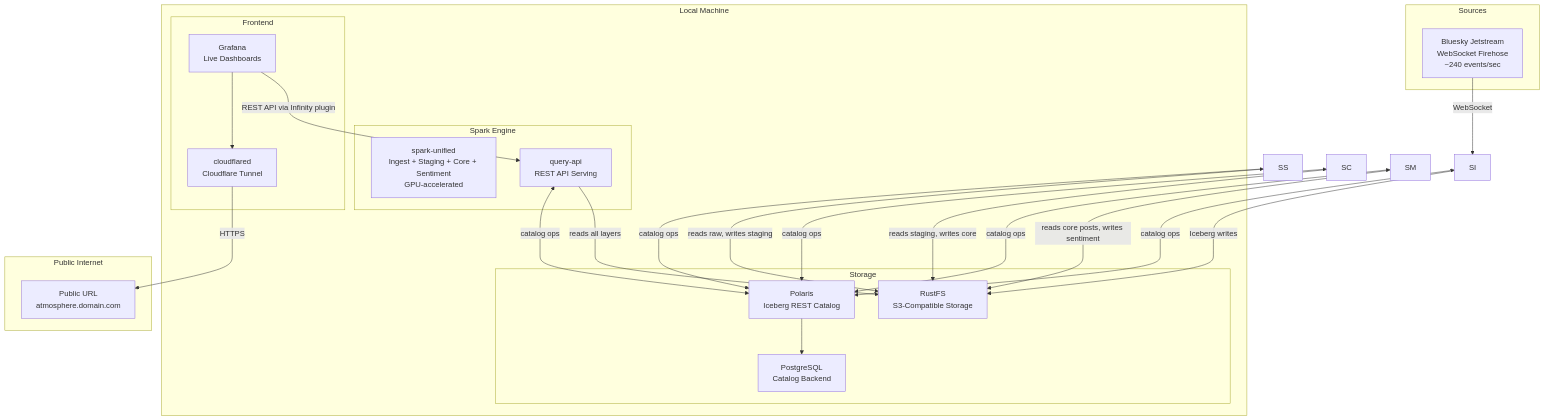
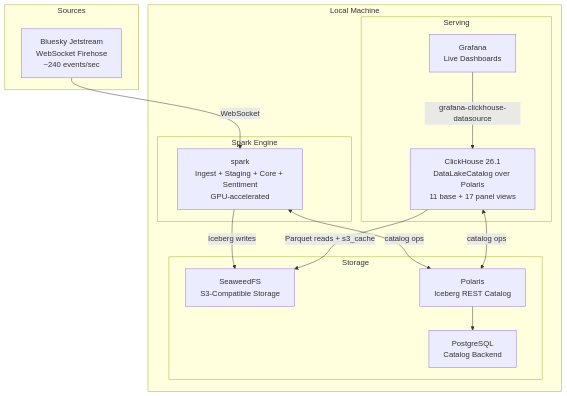
One commit to joshlizana/atomosphere changed the first of 3 diagrams in docs/TDD.md. Above: the diagram before and after it, drawn with Mermaid. The commit also changed other lines of this file and 19 other files, not shown here.

````diff
--- a/docs/TDD.md
+++ b/docs/TDD.md
@@ -83,40 +83,31 @@
 ```mermaid
 flowchart TD
     subgraph Sources
         JS[Bluesky Jetstream\nWebSocket Firehose\n~240 events/sec]
     end
 
     subgraph Local Machine
         subgraph Spark Engine
-            SU[spark-unified\nIngest + Staging + Core + Sentiment\nGPU-accelerated]
-            QA[query-api\nREST API Serving]
+            SU[spark\nIngest + Staging + Core + Sentiment\nGPU-accelerated]
         end
 
         subgraph Storage
-            RS[RustFS\nS3-Compatible Storage]
+            RS[SeaweedFS\nS3-Compatible Storage]
             PL[Polaris\nIceberg REST Catalog]
             PG[PostgreSQL\nCatalog Backend]
         end
 
-        subgraph Frontend
+        subgraph Serving
+            CH[ClickHouse 26.1\nDataLakeCatalog over Polaris\n11 base + 17 panel views]
             GF[Grafana\nLive Dashboards]
-            CF[cloudflared\nCloudflare Tunnel]
         end
     end
 
-    subgraph Public Internet
-        PU[Public URL\natmosphere.domain.com]
-    end
-
-    JS -->|WebSocket| SI
-    SI -->|Iceberg writes| RS
-    SS -->|reads raw, writes staging| RS
-    SC -->|reads staging, writes core| RS
-    SM -->|reads core posts, writes sentiment| RS
-    QA -->|reads all layers| RS
-    SI & SS & SC & SM & QA <-->|catalog ops| PL
+    JS -->|WebSocket| SU
+    SU -->|Iceberg writes| RS
+    SU <-->|catalog ops| PL
+    CH <-->|catalog ops| PL
+    CH -->|Parquet reads + s3_cache| RS
     PL --> PG
-    GF -->|REST API via Infinity plugin| QA
-    GF --> CF
-    CF -->|HTTPS| PU
+    GF -->|grafana-clickhouse-datasource| CH
 ```
````
